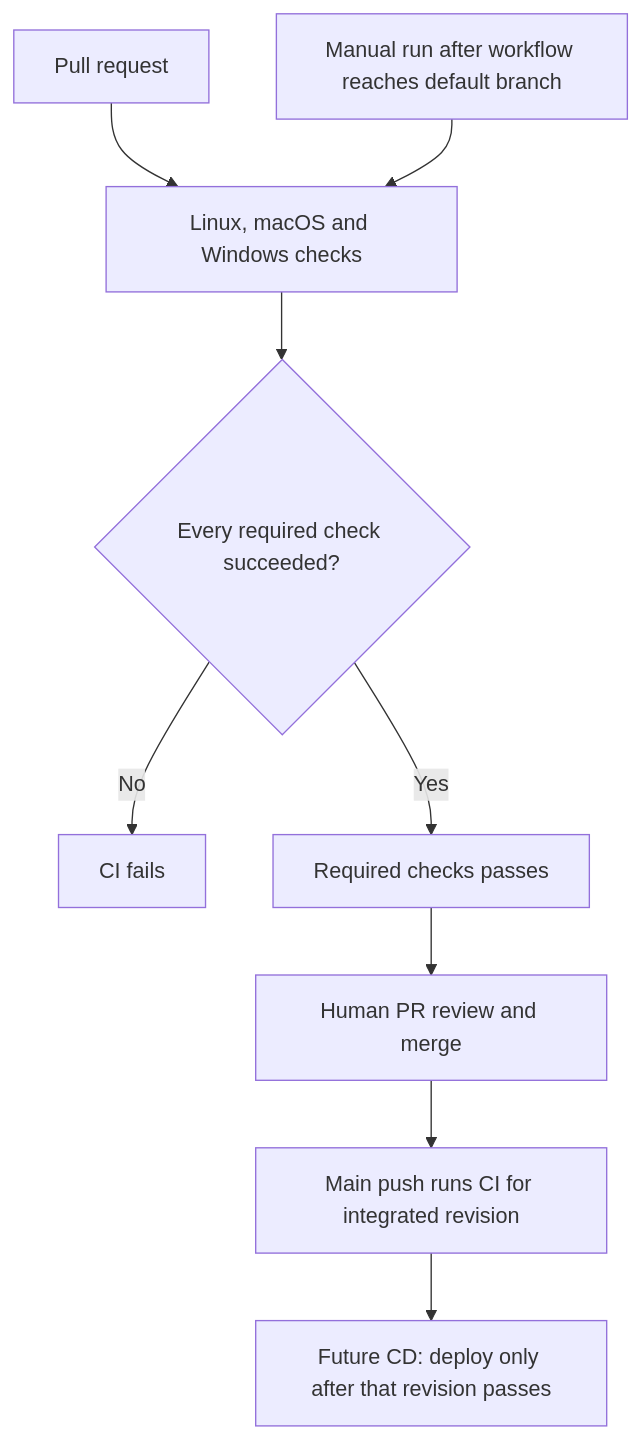
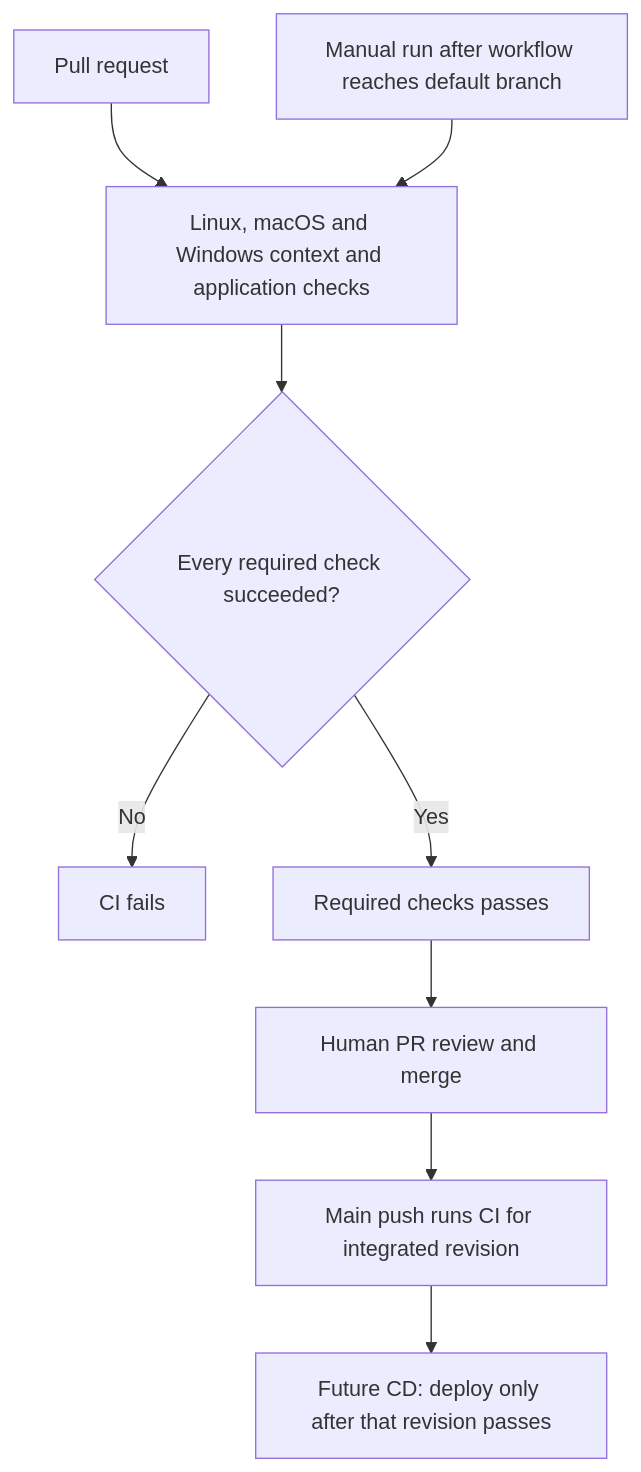
One commit to matthew-ngzc/fruit-box changed the diagram in docs/ci-cd.md. Above: the diagram before and after it, drawn with Mermaid. The commit also changed other lines of this file and 29 other files, not shown here.

````diff
--- a/docs/ci-cd.md
+++ b/docs/ci-cd.md
@@ -16,11 +16,11 @@
 ```mermaid
 flowchart TD
-    PR[Pull request] --> Matrix[Linux, macOS and Windows checks]
+    PR[Pull request] --> Matrix[Linux, macOS and Windows context and application checks]
     Manual[Manual run after workflow reaches default branch] --> Matrix
     Matrix --> Gate{Every required check succeeded?}
     Gate -->|No| Stop[CI fails]
     Gate -->|Yes| Green[Required checks passes]
     Green --> Review[Human PR review and merge]
     Review --> Main[Main push runs CI for integrated revision]
     Main --> Future[Future CD: deploy only after that revision passes]
 ```
````
